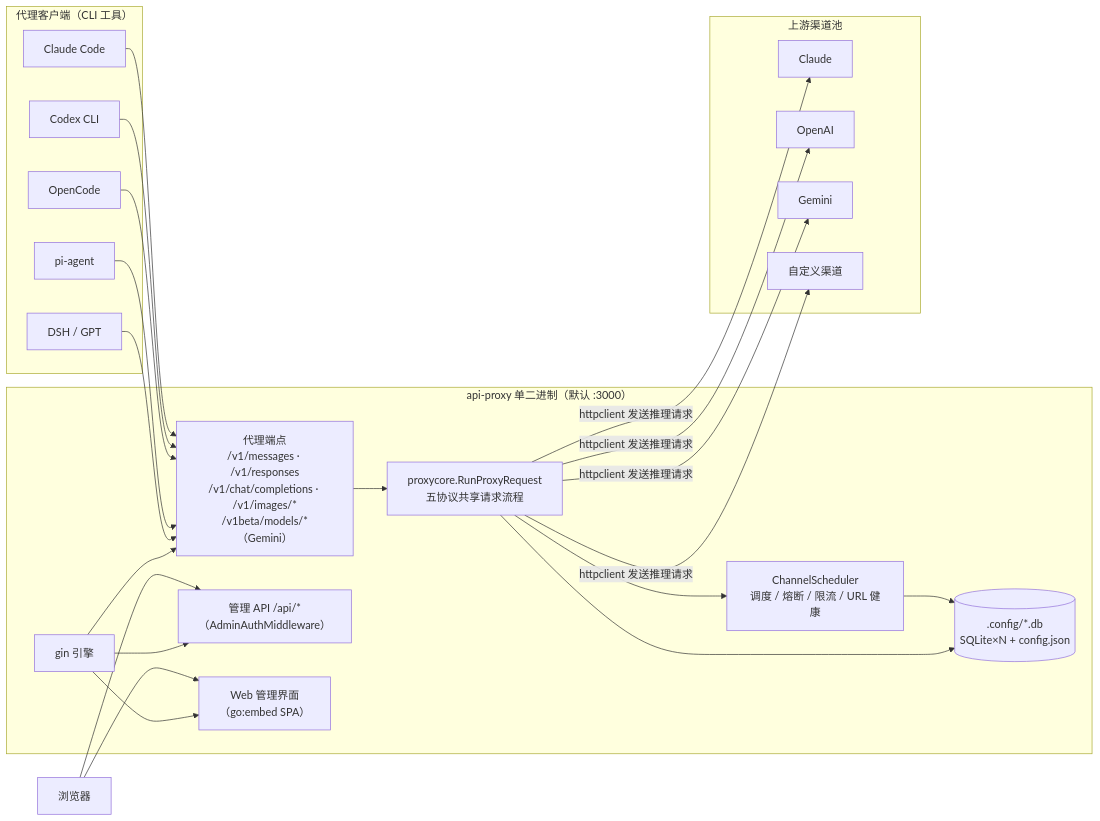
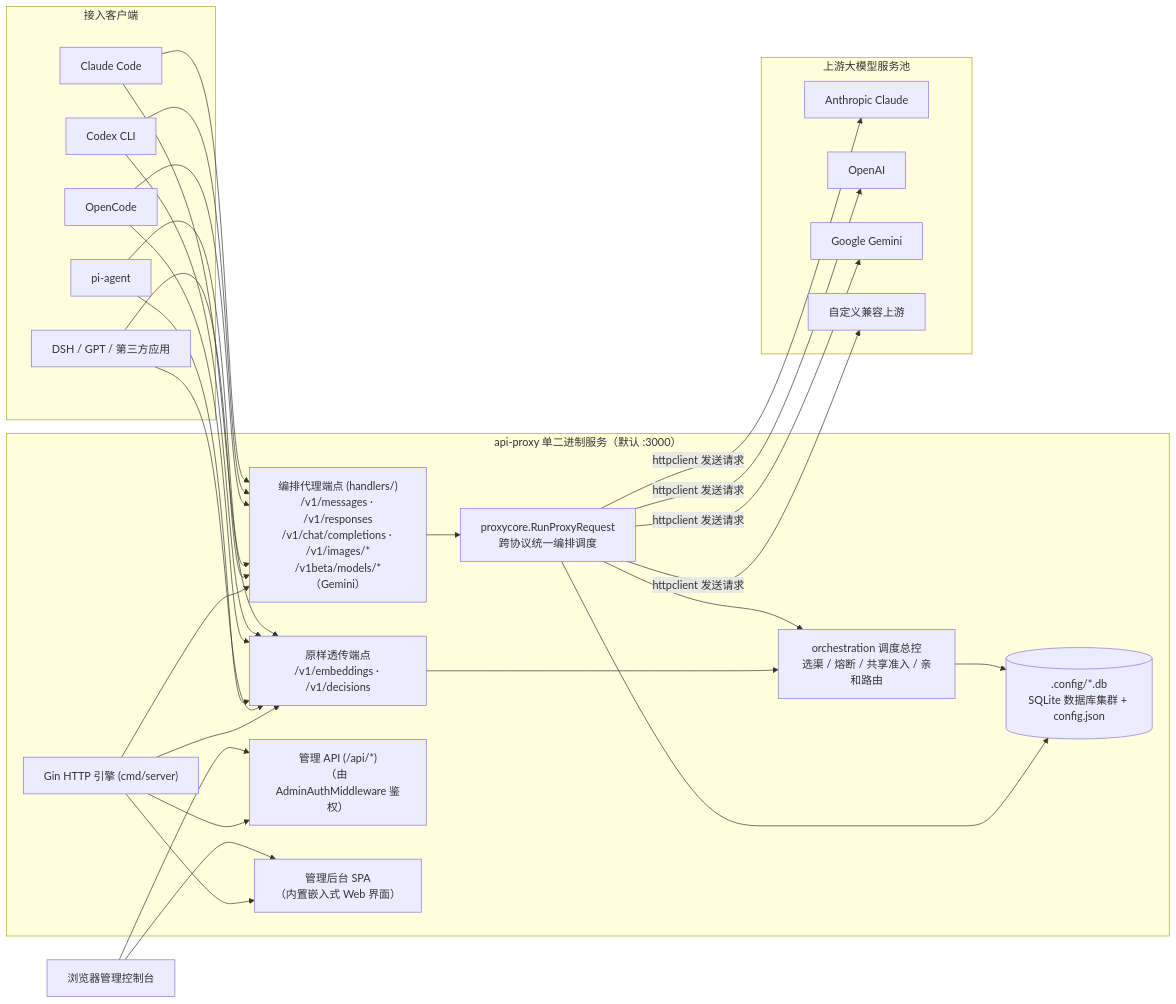
Before and after one commit to insistanan/api-proxy: the first of 3 diagrams in docs/架构说明.md, drawn with Mermaid. The commit also changed other lines of this file and 8 other files, not shown here.

````diff
--- a/docs/架构说明.md
+++ b/docs/架构说明.md
@@ -15,35 +13,37 @@
 ```mermaid
 flowchart LR
-    subgraph clients["代理客户端（CLI 工具）"]
+    subgraph clients["接入客户端"]
         CC["Claude Code"]
         CX["Codex CLI"]
         OC["OpenCode"]
         PI["pi-agent"]
-        DSH["DSH / GPT"]
+        DSH["DSH / GPT / 第三方应用"]
     end
 
-    subgraph app["api-proxy 单二进制（默认 :3000）"]
-        GIN["gin 引擎"]
-        PROXY["代理端点<br/>/v1/messages · /v1/responses<br/>/v1/chat/completions · /v1/images/*<br/>/v1beta/models/*（Gemini）"]
-        ADMIN["管理 API /api/*<br/>（AdminAuthMiddleware）"]
-        WEB["Web 管理界面<br/>（go:embed SPA）"]
-        CORE["proxycore.RunProxyRequest<br/>五协议共享请求流程"]
-        SCHED["ChannelScheduler<br/>调度 / 熔断 / 限流 / URL 健康"]
-        STORE[(".config/*.db<br/>SQLite×N + config.json")]
+    subgraph app["api-proxy 单二进制服务（默认 :3000）"]
+        GIN["Gin HTTP 引擎 (cmd/server)"]
+        PROXY["编排代理端点 (handlers/)<br/>/v1/messages · /v1/responses<br/>/v1/chat/completions · /v1/images/*<br/>/v1beta/models/*（Gemini）"]
+        PASSTHROUGH["原样透传端点<br/>/v1/embeddings · /v1/decisions"]
+        ADMIN["管理 API (/api/*)<br/>（由 AdminAuthMiddleware 鉴权）"]
+        WEB["管理后台 SPA<br/>（内置嵌入式 Web 界面）"]
+        CORE["proxycore.RunProxyRequest<br/>跨协议统一编排调度"]
+        SCHED["orchestration 调度总控<br/>选渠 / 熔断 / 共享准入 / 亲和路由"]
+        STORE[(".config/*.db<br/>SQLite 数据库集群 + config.json")]
     end
 
-    subgraph upstream["上游渠道池"]
-        U1["Claude"]
+    subgraph upstream["上游大模型服务池"]
+        U1["Anthropic Claude"]
         U2["OpenAI"]
-        U3["Gemini"]
-        U4["自定义渠道"]
+        U3["Google Gemini"]
+        U4["自定义兼容上游"]
     end
 
-    BROWSER["浏览器"] --> WEB & ADMIN
-    CC & CX & OC & PI & DSH --> PROXY
-    GIN --> PROXY & ADMIN & WEB
+    BROWSER["浏览器管理控制台"] --> WEB & ADMIN
+    CC & CX & OC & PI & DSH --> PROXY & PASSTHROUGH
+    GIN --> PROXY & PASSTHROUGH & ADMIN & WEB
     PROXY --> CORE --> SCHED
-    CORE -->|httpclient 发送推理请求| U1 & U2 & U3 & U4
+    PASSTHROUGH --> SCHED
+    CORE -->|httpclient 发送请求| U1 & U2 & U3 & U4
     SCHED --> STORE
     CORE --> STORE
 ```
````
